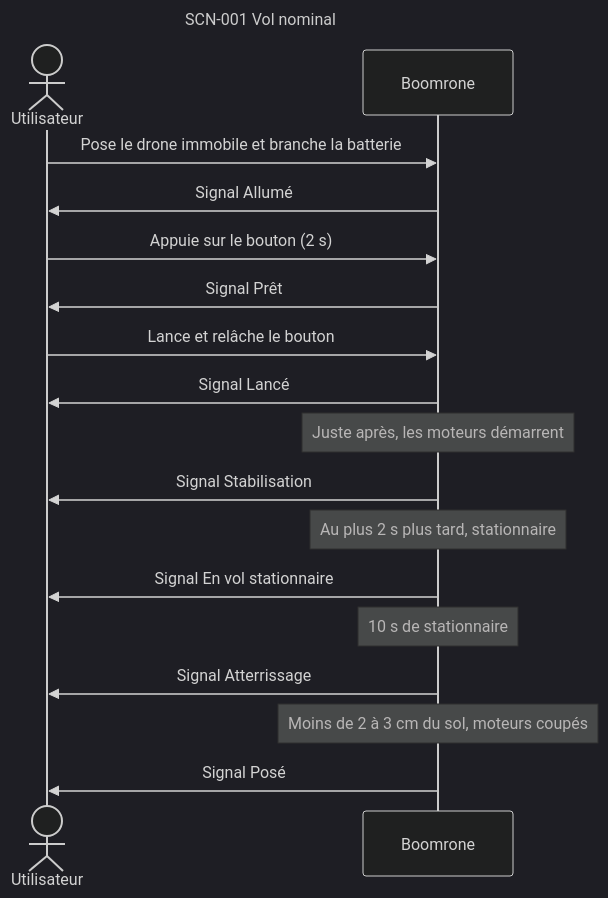
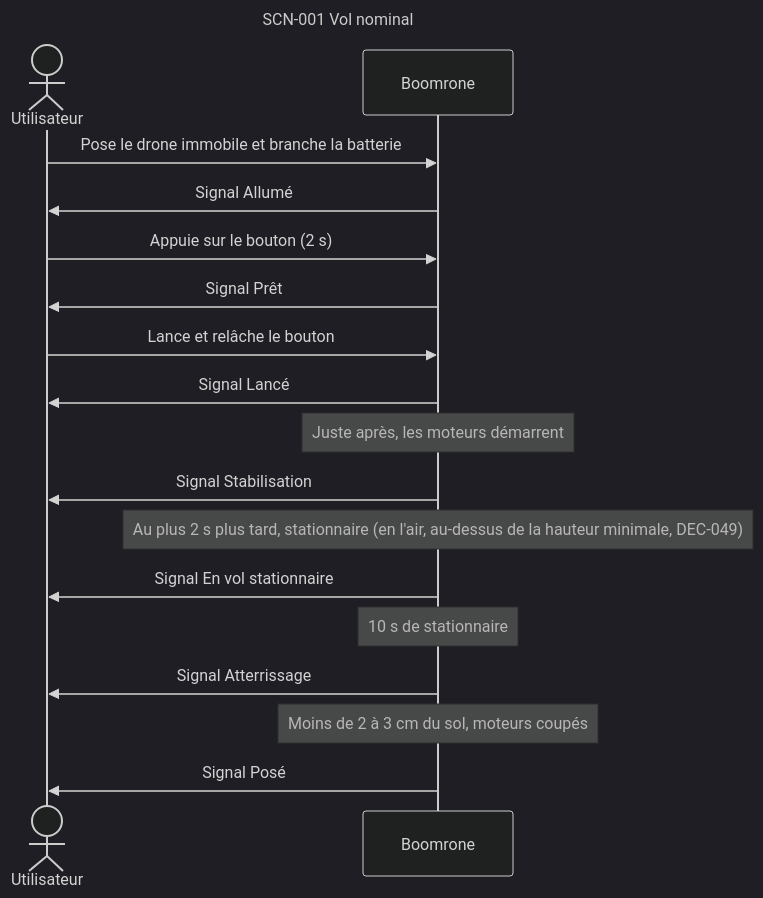
The third of 13 diagrams in projets/boomrone/00-scenarios.md (thourymatthieu-png/coworker_archi_system), drawn with Mermaid (dark theme) before and after one commit. The commit also changed other lines of this file and 1 other file, not shown here.

First line of the commit message:
Boomrone : alignement des diagrammes de scénarios sur DEC-049 à DEC-051

````diff
--- a/projets/boomrone/00-scenarios.md
+++ b/projets/boomrone/00-scenarios.md
@@ -146,22 +146,22 @@
 ```mermaid
 ---
 title: "SCN-001 Vol nominal"
 ---
 sequenceDiagram
     actor U as Utilisateur
     participant D as Boomrone
     U->>D: Pose le drone immobile et branche la batterie
     D->>U: Signal Allumé
     U->>D: Appuie sur le bouton (2 s)
     D->>U: Signal Prêt
     U->>D: Lance et relâche le bouton
     D->>U: Signal Lancé
     Note over D: Juste après, les moteurs démarrent
     D->>U: Signal Stabilisation
-    Note over D: Au plus 2 s plus tard, stationnaire
+    Note over D: Au plus 2 s plus tard, stationnaire (en l'air, au-dessus de la hauteur minimale, DEC-049)
     D->>U: Signal En vol stationnaire
     Note over D: 10 s de stationnaire
     D->>U: Signal Atterrissage
     Note over D: Moins de 2 à 3 cm du sol, moteurs coupés
     D->>U: Signal Posé
 ```
````
